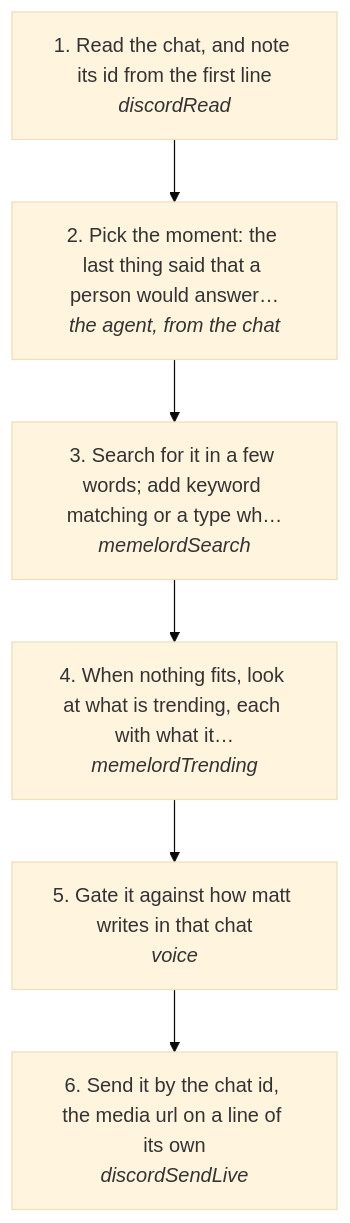
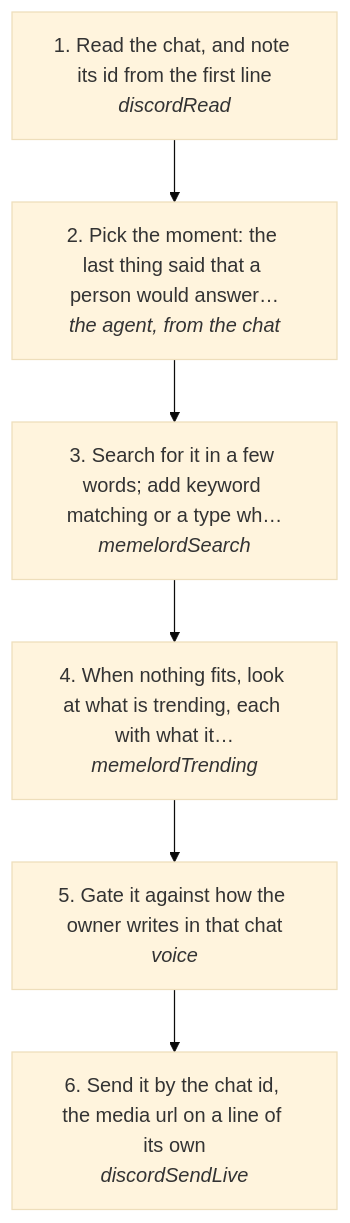
The diagram in docs/useCases/discord/memeReply.md (matthewdonsemail-lab/log), drawn with Mermaid (base theme) before and after one commit. The commit also changed other lines of this file and 267 other files, not shown here.

````diff
--- a/docs/useCases/discord/memeReply.md
+++ b/docs/useCases/discord/memeReply.md
@@ -14,14 +14,14 @@
 ```mermaid
 flowchart TD
   s0["1. Read the chat, and note its id from the first line<br/><i>discordRead</i>"]
   s1["2. Pick the moment: the last thing said that a person would answer…<br/><i>the agent, from the chat</i>"]
   s2["3. Search for it in a few words; add keyword matching or a type wh…<br/><i>memelordSearch</i>"]
   s3["4. When nothing fits, look at what is trending, each with what it…<br/><i>memelordTrending</i>"]
-  s4["5. Gate it against how matt writes in that chat<br/><i>voice</i>"]
+  s4["5. Gate it against how the owner writes in that chat<br/><i>voice</i>"]
   s5["6. Send it by the chat id, the media url on a line of its own<br/><i>discordSendLive</i>"]
   s0 --> s1
   s1 --> s2
   s2 --> s3
   s3 --> s4
   s4 --> s5
 ```
````
